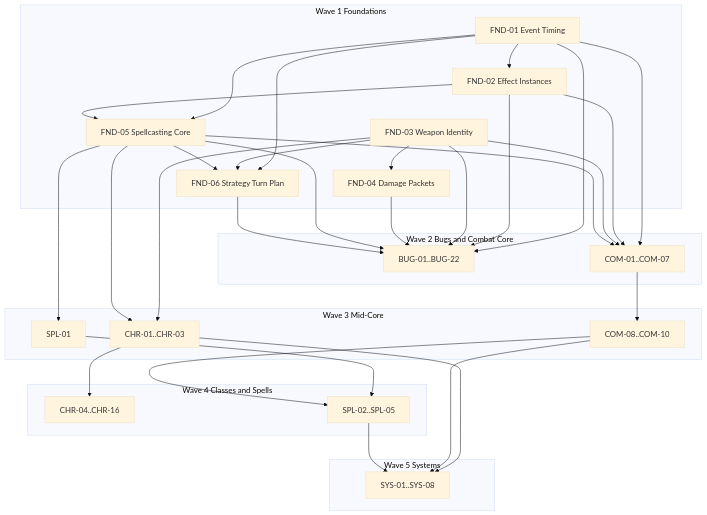
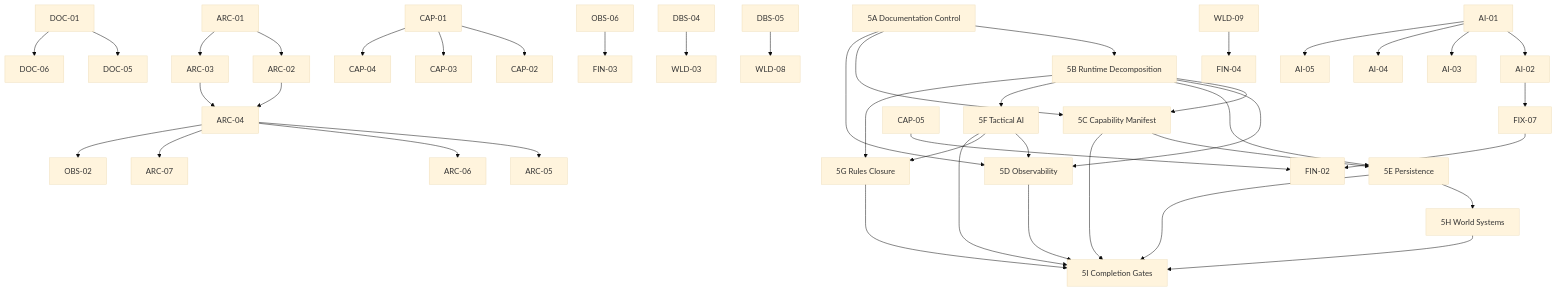
Before and after one commit to rputnam0/dnd_sim: the diagram in docs/program/dependency_graph.mmd, drawn with Mermaid (base theme). The commit also changed 31 other files, not shown here.

```diff
--- a/docs/program/dependency_graph.mmd
+++ b/docs/program/dependency_graph.mmd
@@ -1,62 +1,52 @@
 graph TD
-  subgraph W1[Wave 1 Foundations]
-    FND01[FND-01 Event Timing]
-    FND02[FND-02 Effect Instances]
-    FND03[FND-03 Weapon Identity]
-    FND04[FND-04 Damage Packets]
-    FND05[FND-05 Spellcasting Core]
-    FND06[FND-06 Strategy Turn Plan]
-  end
-
-  FND01 --> FND02
-  FND03 --> FND04
-  FND01 --> FND05
-  FND02 --> FND05
-  FND01 --> FND06
-  FND03 --> FND06
-  FND05 --> FND06
-
-  subgraph W2[Wave 2 Bugs and Combat Core]
-    BUGS[BUG-01..BUG-22]
-    COMA[COM-01..COM-07]
-  end
-
-  FND01 --> BUGS
-  FND02 --> BUGS
-  FND03 --> BUGS
-  FND04 --> BUGS
-  FND05 --> BUGS
-  FND06 --> BUGS
-
-  FND01 --> COMA
-  FND02 --> COMA
-  FND03 --> COMA
-  FND05 --> COMA
-
-  subgraph W3[Wave 3 Mid-Core]
-    COMB[COM-08..COM-10]
-    CHRCORE[CHR-01..CHR-03]
-    SPL01[SPL-01]
-  end
-
-  COMA --> COMB
-  FND03 --> CHRCORE
-  FND05 --> CHRCORE
-  FND05 --> SPL01
-
-  subgraph W4[Wave 4 Classes and Spells]
-    CHRPKG[CHR-04..CHR-16]
-    SPLFAM[SPL-02..SPL-05]
-  end
-
-  CHRCORE --> CHRPKG
-  SPL01 --> SPLFAM
-  COMB --> SPLFAM
-
-  subgraph W5[Wave 5 Systems]
-    SYSALL[SYS-01..SYS-08]
-  end
-
-  CHRCORE --> SYSALL
-  COMB --> SYSALL
-  SPLFAM --> SYSALL
+    DOC[5A Documentation Control]
+    ARC[5B Runtime Decomposition]
+    CAP[5C Capability Manifest]
+    OBS[5D Observability]
+    DBS[5E Persistence]
+    AI[5F Tactical AI]
+    FIX[5G Rules Closure]
+    WLD[5H World Systems]
+    FIN[5I Completion Gates]
+    DOC --> ARC
+    DOC --> CAP
+    DOC --> OBS
+    ARC --> CAP
+    ARC --> OBS
+    ARC --> DBS
+    ARC --> AI
+    ARC --> FIX
+    CAP --> DBS
+    CAP --> FIN
+    OBS --> FIN
+    DBS --> WLD
+    DBS --> FIN
+    AI --> OBS
+    AI --> FIX
+    AI --> FIN
+    FIX --> FIN
+    WLD --> FIN
+    DOC_01[DOC-01] --> DOC_05[DOC-05]
+    DOC_01[DOC-01] --> DOC_06[DOC-06]
+    ARC_01[ARC-01] --> ARC_02[ARC-02]
+    ARC_01[ARC-01] --> ARC_03[ARC-03]
+    ARC_02[ARC-02] --> ARC_04[ARC-04]
+    ARC_03[ARC-03] --> ARC_04[ARC-04]
+    ARC_04[ARC-04] --> ARC_05[ARC-05]
+    ARC_04[ARC-04] --> ARC_06[ARC-06]
+    ARC_04[ARC-04] --> ARC_07[ARC-07]
+    ARC_04[ARC-04] --> OBS_02[OBS-02]
+    CAP_01[CAP-01] --> CAP_02[CAP-02]
+    CAP_01[CAP-01] --> CAP_03[CAP-03]
+    CAP_01[CAP-01] --> CAP_04[CAP-04]
+    CAP_05[CAP-05] --> FIN_02[FIN-02]
+    OBS_06[OBS-06] --> FIN_03[FIN-03]
+    DBS_04[DBS-04] --> WLD_03[WLD-03]
+    DBS_05[DBS-05] --> WLD_08[WLD-08]
+    WLD_09[WLD-09] --> FIN_04[FIN-04]
+    AI_01[AI-01] --> AI_02[AI-02]
+    AI_01[AI-01] --> AI_03[AI-03]
+    AI_01[AI-01] --> AI_04[AI-04]
+    AI_01[AI-01] --> AI_05[AI-05]
+    AI_02[AI-02] --> FIX_07[FIX-07]
+    FIX_07[FIX-07] --> FIN_02[FIN-02]
```
